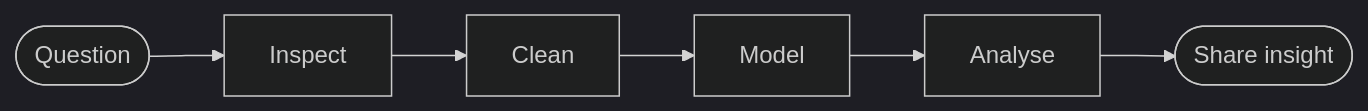
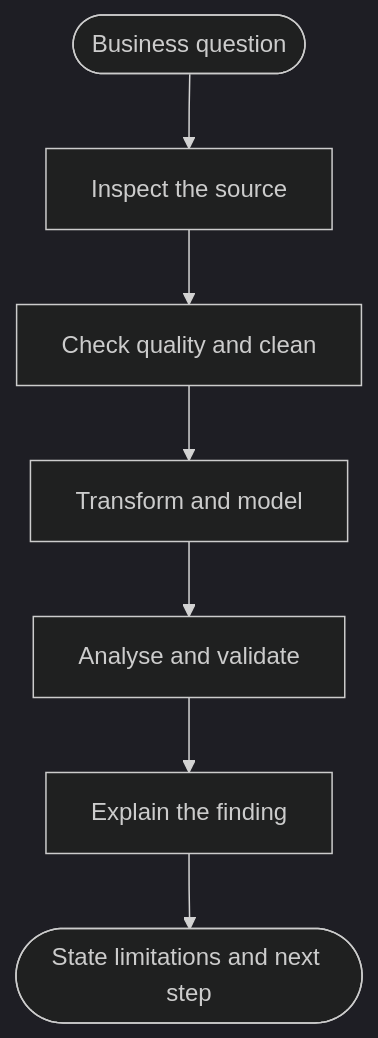
The diagram in README.md (shanmukhkoyya/shanmukhkoyya), drawn with Mermaid (dark theme) before and after one commit. The commit also changed other lines of this file, not shown here.

````diff
--- a/README.md
+++ b/README.md
@@ -21,4 +99,9 @@
 ```mermaid
-flowchart LR
- Q([Question]) --> I[Inspect] --> C[Clean] --> M[Model] --> A[Analyse] --> S([Share insight])
+flowchart TD
+    A([Business question]) --> B[Inspect the source]
+    B --> C[Check quality and clean]
+    C --> D[Transform and model]
+    D --> E[Analyse and validate]
+    E --> F[Explain the finding]
+    F --> G([State limitations and next step])
 ```
````
